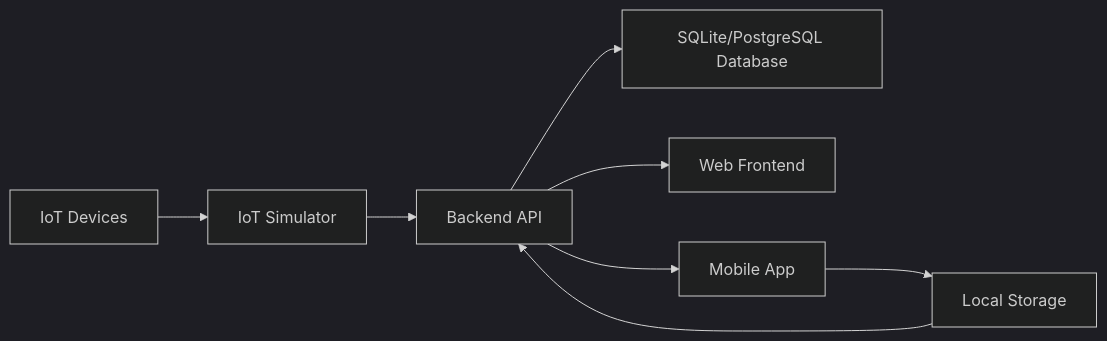
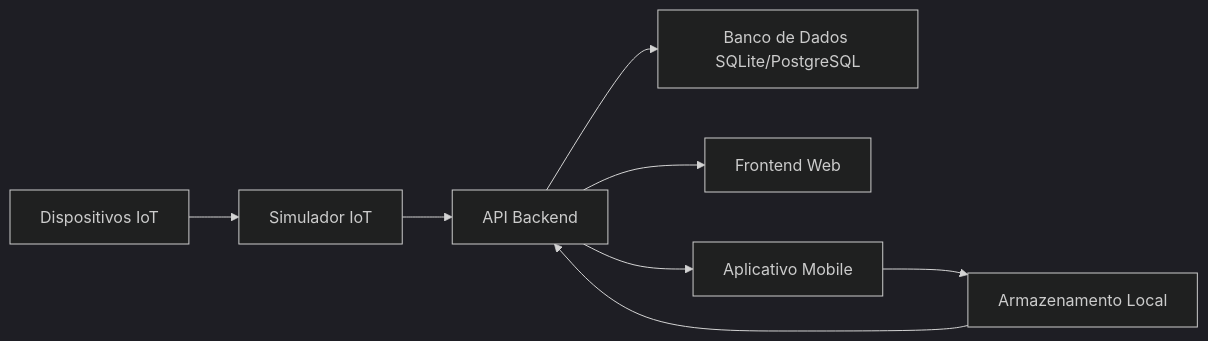
Before and after one commit to COGTIVE/cogtive-dev-assignment: the diagram in DOCUMENTATION.md, drawn with Mermaid (dark theme). The commit also changed other lines of this file, not shown here.

````diff
--- a/DOCUMENTATION.md
+++ b/DOCUMENTATION.md
@@ -43,10 +43,10 @@
 ```mermaid
 graph LR
-    A[IoT Devices] --> B[IoT Simulator]
-    B --> C[Backend API]
-    C --> D[SQLite/PostgreSQL Database]
-    C --> E[Web Frontend]
-    C --> F[Mobile App]
-    F --> G[Local Storage]
+    A[Dispositivos IoT] --> B[Simulador IoT]
+    B --> C[API Backend]
+    C --> D[Banco de Dados SQLite/PostgreSQL]
+    C --> E[Frontend Web]
+    C --> F[Aplicativo Mobile]
+    F --> G[Armazenamento Local]
     G --> C
 ```
````
